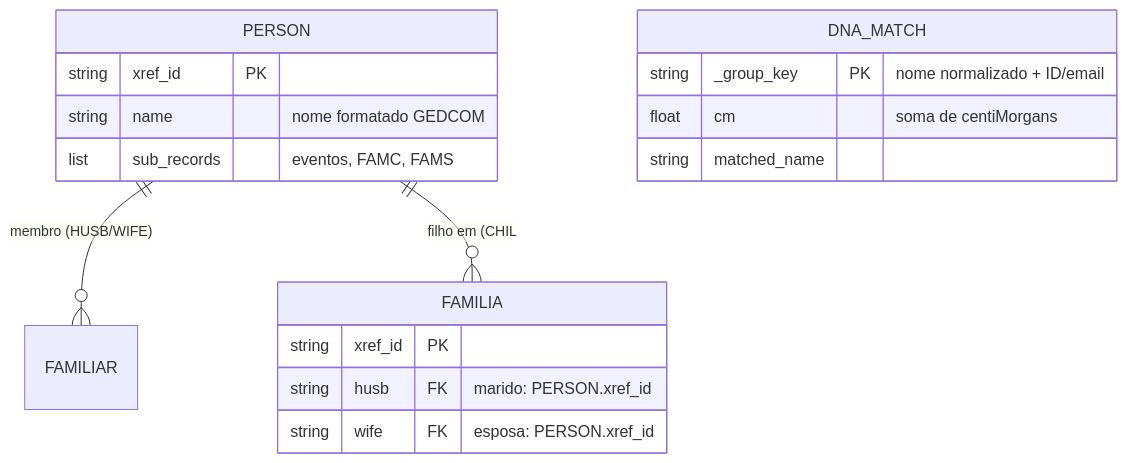
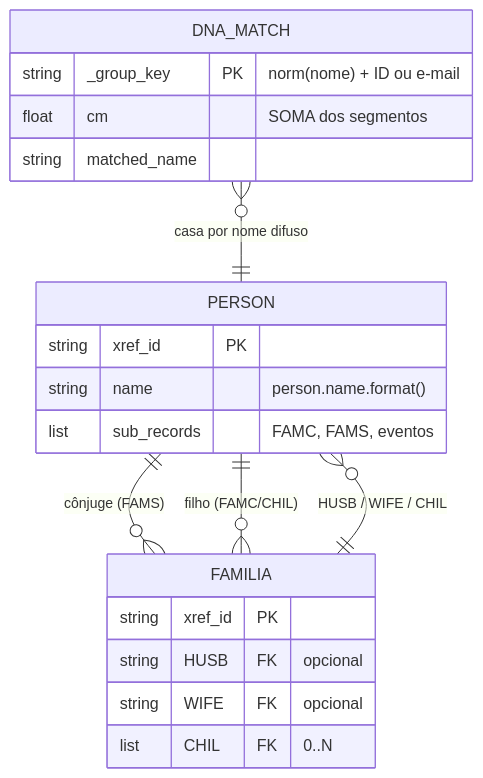
Before and after one commit to Adriano1976/reversa-analisador-genealogico: the second of 2 diagrams in _reversa_sdd/architecture.md, drawn with Mermaid. The commit also changed other lines of this file and 25 other files, not shown here.

````diff
--- a/_reversa_sdd/architecture.md
+++ b/_reversa_sdd/architecture.md
@@ -55,20 +65,24 @@
 ```mermaid
 erDiagram
-    PERSON ||--o{ FAMILIAR : "membro (HUSB/WIFE)"
-    PERSON ||--o{ FAMILIA : "filho em (CHIL"
+    PERSON ||--o{ FAMILIA : "cônjuge (FAMS)"
+    PERSON ||--o{ FAMILIA : "filho (FAMC/CHIL)"
+    FAMILIA ||--o{ PERSON : "HUSB / WIFE / CHIL"
+    DNA_MATCH }o--|| PERSON : "casa por nome difuso"
+
+    PERSON {
+        string xref_id PK
+        string name "person.name.format()"
+        list sub_records "FAMC, FAMS, eventos"
+    }
     FAMILIA {
         string xref_id PK
-        string husb FK "marido: PERSON.xref_id"
-        string wife FK "esposa: PERSON.xref_id"
-    }
-    PERSON {
-        string xref_id PK
-        string name "nome formatado GEDCOM"
-        list sub_records "eventos, FAMC, FAMS"
+        string HUSB FK "opcional"
+        string WIFE FK "opcional"
+        list CHIL FK "0..N"
     }
     DNA_MATCH {
-        string _group_key PK "nome normalizado + ID/email"
-        float cm "soma de centiMorgans"
+        string _group_key PK "norm(nome) + ID ou e-mail"
+        float cm "SOMA dos segmentos"
         string matched_name
     }
 ```
````
